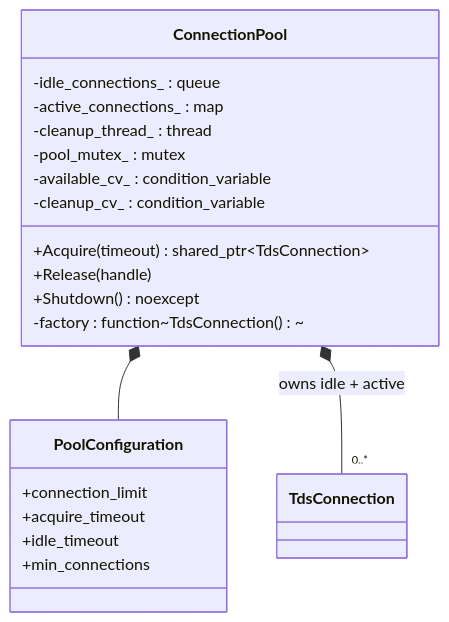
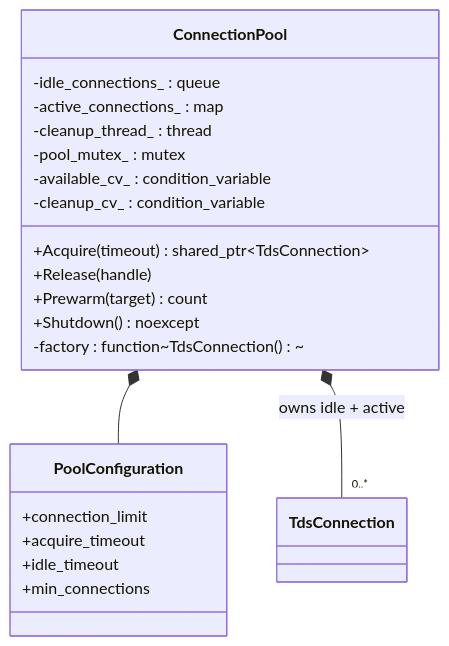
The fourth of 15 diagrams in DATAMODEL.md (hugr-lab/mssql-extension), drawn with Mermaid before and after one commit. The commit also changed other lines of this file and 20 other files, not shown here.

````diff
--- a/DATAMODEL.md
+++ b/DATAMODEL.md
@@ -165,23 +165,24 @@
 ```mermaid
 classDiagram
     class ConnectionPool {
         +Acquire(timeout) shared_ptr~TdsConnection~
         +Release(handle)
+        +Prewarm(target) count
         +Shutdown() noexcept
         -factory : function~TdsConnection()~
         -idle_connections_ : queue
         -active_connections_ : map
         -cleanup_thread_ : thread
         -pool_mutex_ : mutex
         -available_cv_ : condition_variable
         -cleanup_cv_ : condition_variable
     }
     class PoolConfiguration {
         +connection_limit
         +acquire_timeout
         +idle_timeout
         +min_connections
     }
     ConnectionPool *-- PoolConfiguration
     ConnectionPool *-- "0..*" TdsConnection : owns idle + active
 ```
````
